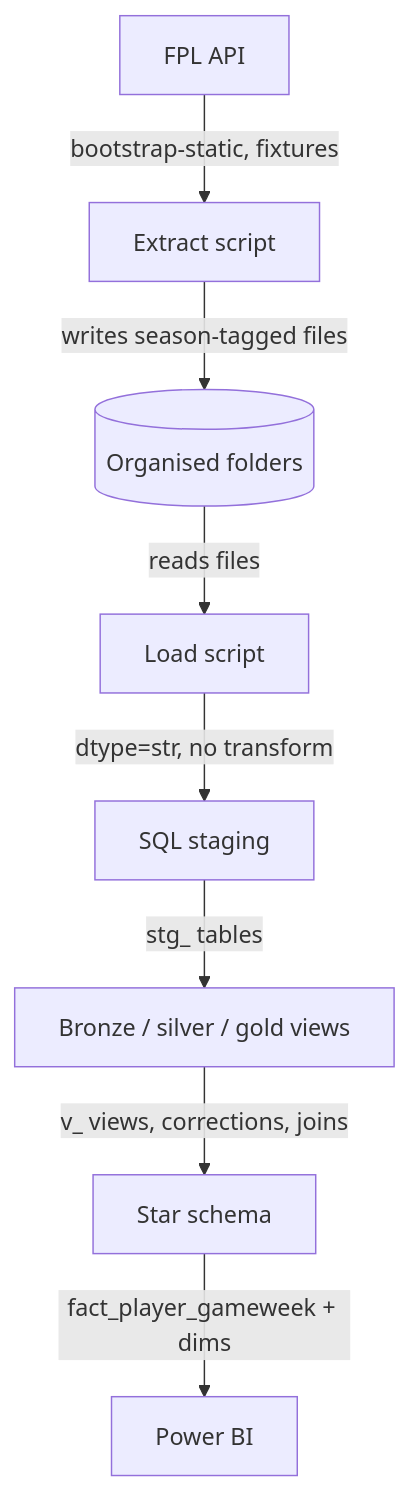
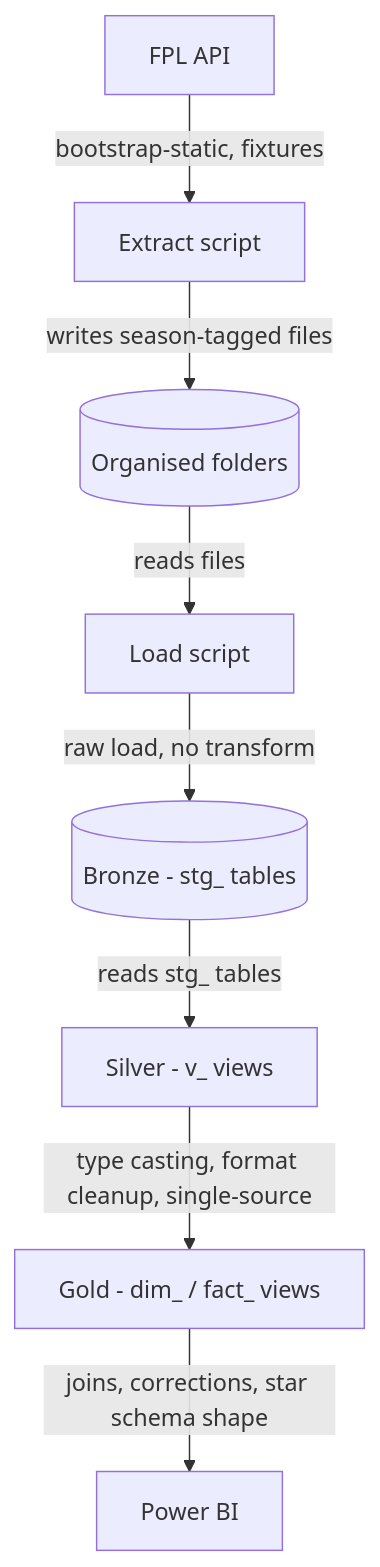
One commit to jesse990/FPL-Hub-V3 changed the diagram in README.md. Above: the diagram before and after it, drawn with Mermaid. The commit also changed other lines of this file, not shown here.

````diff
--- a/README.md
+++ b/README.md
@@ -4,10 +4,10 @@
 ```mermaid
 flowchart TD
     A[FPL API] -->|bootstrap-static, fixtures| B[Extract script]
     B -->|writes season-tagged files| C[(Organised folders)]
     C -->|reads files| D[Load script]
-    D -->|dtype=str, no transform| E[SQL staging]
-    E -->|stg_ tables| F[Bronze / silver / gold views]
-    F -->|v_ views, corrections, joins| G[Star schema]
-    G -->|fact_player_gameweek + dims| H[Power BI]
+    D -->|raw load, no transform| E[(Bronze - stg_ tables)]
+    E -->|reads stg_ tables| F[Silver - v_ views]
+    F -->|type casting, format cleanup, single-source| G[Gold - dim_ / fact_ views]
+    G -->|joins, corrections, star schema shape| H[Power BI]
 ```
````
